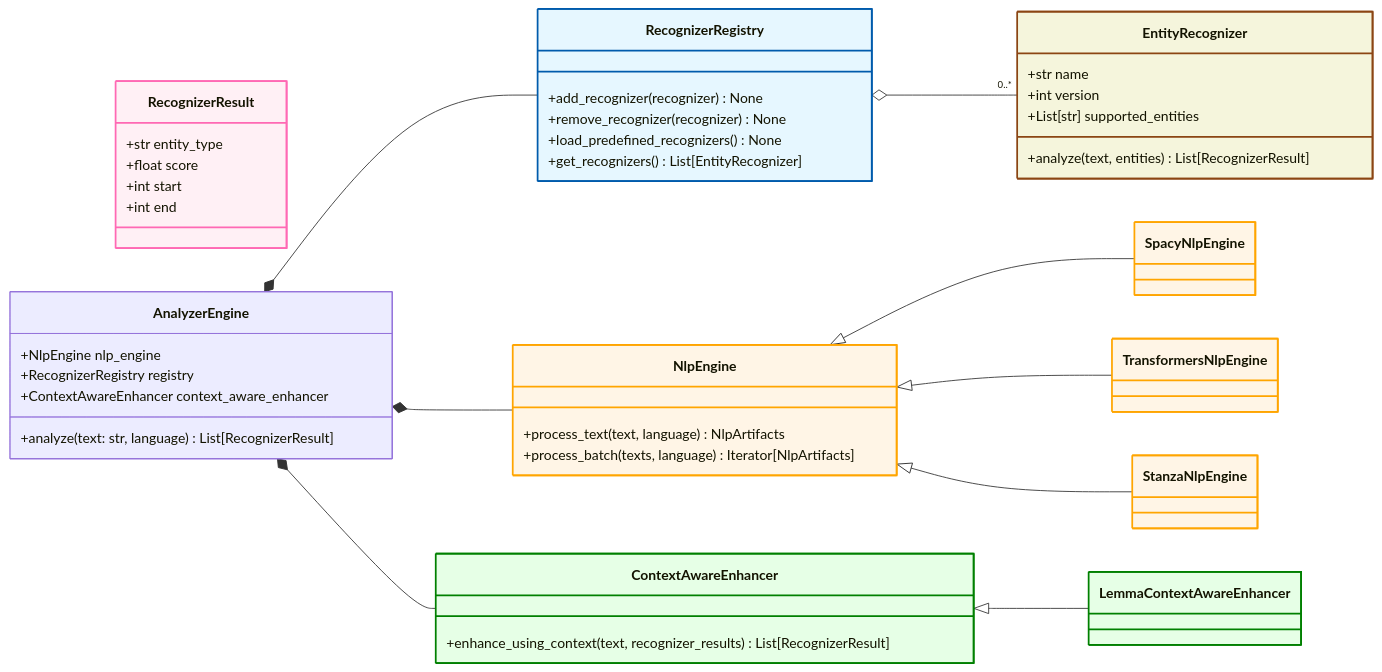
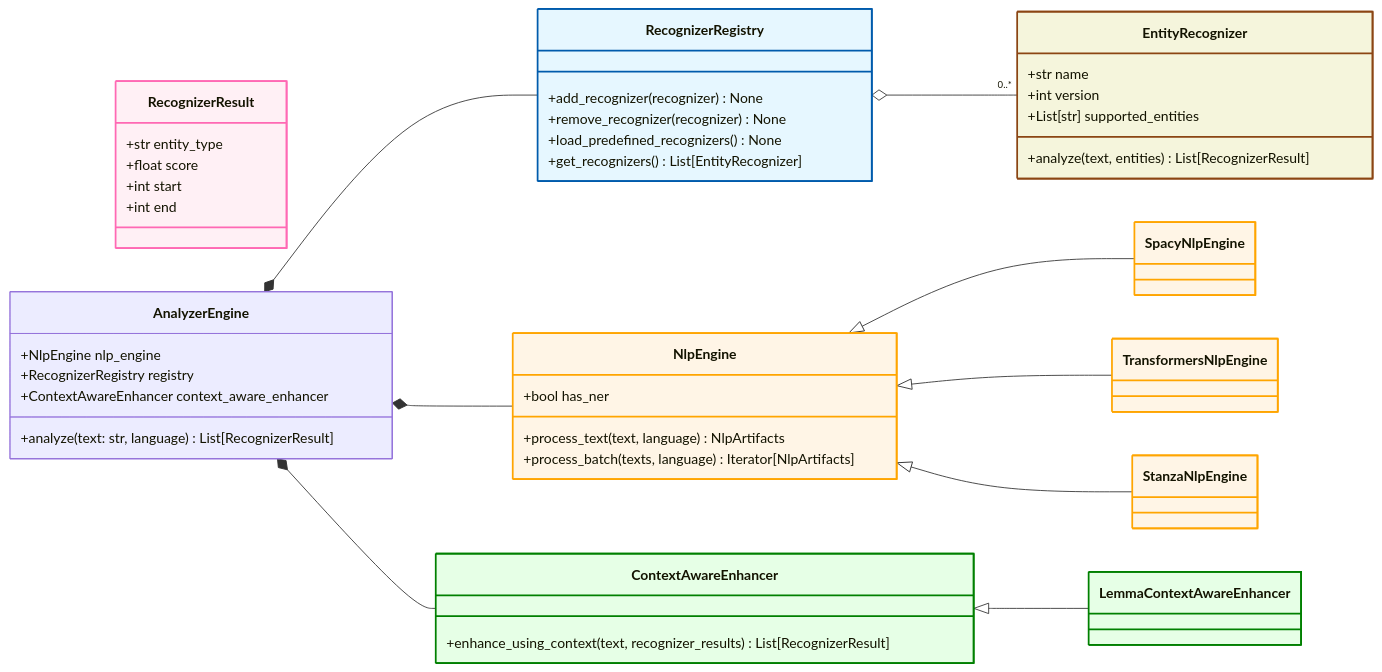
One commit to data-privacy-stack/presidio changed the diagram in docs/analyzer/index.md. Above: the diagram before and after it, drawn with Mermaid. The commit also changed 15 other files, not shown here.

````diff
--- a/docs/analyzer/index.md
+++ b/docs/analyzer/index.md
@@ -67,67 +67,68 @@
 ```mermaid
 classDiagram
     direction LR
     class RecognizerResult {
         +str entity_type
         +float score
         +int start
         +int end
     }
 
     class EntityRecognizer {
         +str name
         +int version
         +List[str] supported_entities
         +analyze(text, entities) List[RecognizerResult]
     }
 
 
     class RecognizerRegistry {
         +add_recognizer(recognizer) None
         +remove_recognizer(recognizer) None
         +load_predefined_recognizers() None
         +get_recognizers() List[EntityRecognizer]
 
 
     }
 
     class NlpEngine {
+        +bool has_ner
         +process_text(text, language) NlpArtifacts
         +process_batch(texts, language) Iterator[NlpArtifacts]
     }
 
     class ContextAwareEnhancer {
         +enhance_using_context(text, recognizer_results) List[RecognizerResult]
     }
 
 
     class AnalyzerEngine {
         +NlpEngine nlp_engine
         +RecognizerRegistry registry
         +ContextAwareEnhancer context_aware_enhancer
         +analyze(text: str, language) List[RecognizerResult]
 
     }
 
     NlpEngine <|-- SpacyNlpEngine
     NlpEngine <|-- TransformersNlpEngine
     NlpEngine <|-- StanzaNlpEngine
     AnalyzerEngine *-- RecognizerRegistry
     AnalyzerEngine *-- NlpEngine
     AnalyzerEngine *-- ContextAwareEnhancer
     RecognizerRegistry o-- "0..*" EntityRecognizer
     ContextAwareEnhancer <|-- LemmaContextAwareEnhancer
 
     %% Defining styles
     style RecognizerRegistry fill:#E6F7FF,stroke:#005BAC,stroke-width:2px
     style NlpEngine fill:#FFF5E6,stroke:#FFA500,stroke-width:2px
     style SpacyNlpEngine fill:#FFF5E6,stroke:#FFA500,stroke-width:2px
     style YourNlpEngine fill:#FFF5E6,stroke:#FFA500,stroke-width:2px
     style TransformersNlpEngine fill:#FFF5E6,stroke:#FFA500,stroke-width:2px
     style StanzaNlpEngine fill:#FFF5E6,stroke:#FFA500,stroke-width:2px
     style ContextAwareEnhancer fill:#E6FFE6,stroke:#008000,stroke-width:2px
     style LemmaContextAwareEnhancer fill:#E6FFE6,stroke:#008000,stroke-width:2px
     style EntityRecognizer fill:#F5F5DC,stroke:#8B4513,stroke-width:2px
     style YourEntityRecognizer fill:#F5F5DC,stroke:#8B4513,stroke-width:2px
     style RecognizerResult fill:#FFF0F5,stroke:#FF69B4,stroke-width:2px
 ```
````
